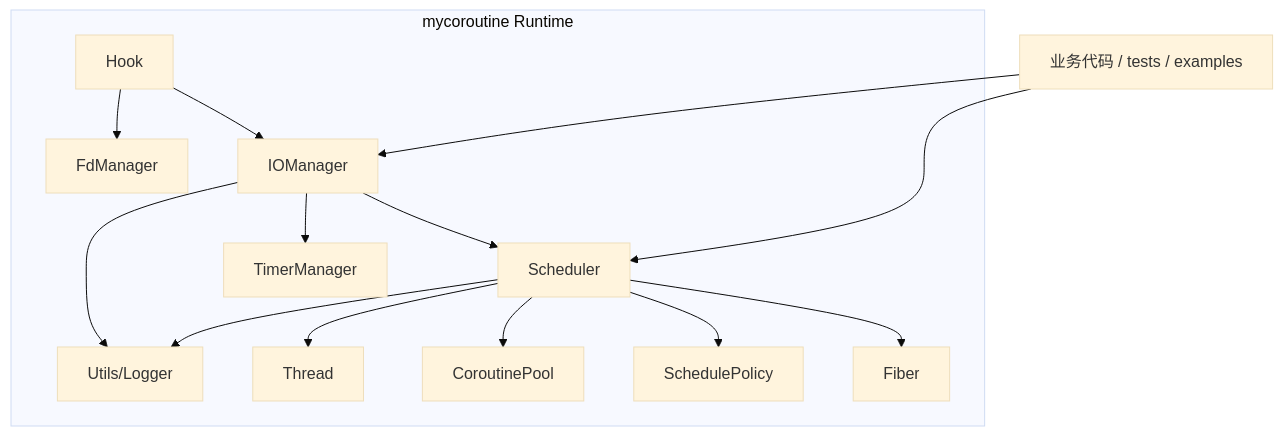
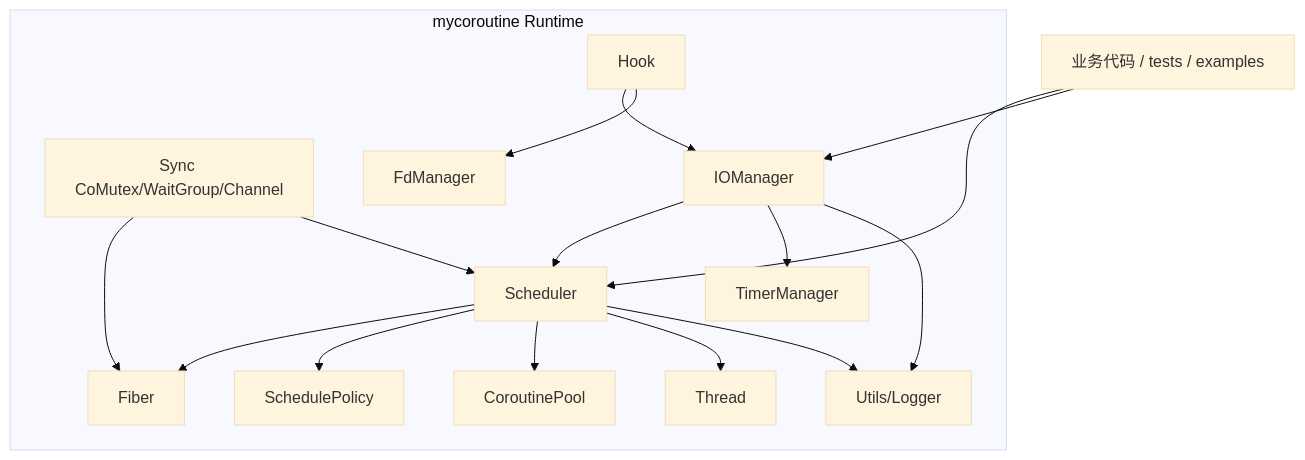
The diagram in docs/架构设计.md (lhao4/Coroutine-lib), drawn with Mermaid (base theme) before and after one commit. The commit also changed other lines of this file and 7 other files, not shown here.

````diff
--- a/docs/架构设计.md
+++ b/docs/架构设计.md
@@ -24,34 +25,38 @@
 ```mermaid
 flowchart TB
     App[业务代码 / tests / examples]
 
     subgraph Runtime[mycoroutine Runtime]
         SCH[Scheduler]
         FIB[Fiber]
         POL[SchedulePolicy]
         CPL[CoroutinePool]
+        SYNC[Sync CoMutex/WaitGroup/Channel]
         IOM[IOManager]
         TIM[TimerManager]
         HK[Hook]
         FDM[FdManager]
         TH[Thread]
         LG[Utils/Logger]
     end
 
     App --> SCH
     App --> IOM
 
     SCH --> FIB
     SCH --> POL
     SCH --> CPL
     SCH --> TH
 
+    SYNC --> FIB
+    SYNC --> SCH
+
     IOM --> SCH
     IOM --> TIM
 
     HK --> IOM
     HK --> FDM
 
     SCH --> LG
     IOM --> LG
 ```
````
